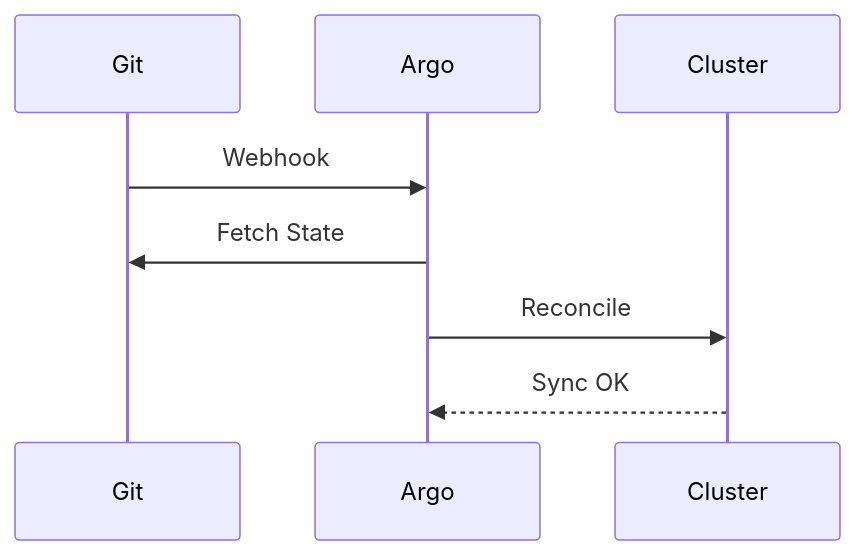
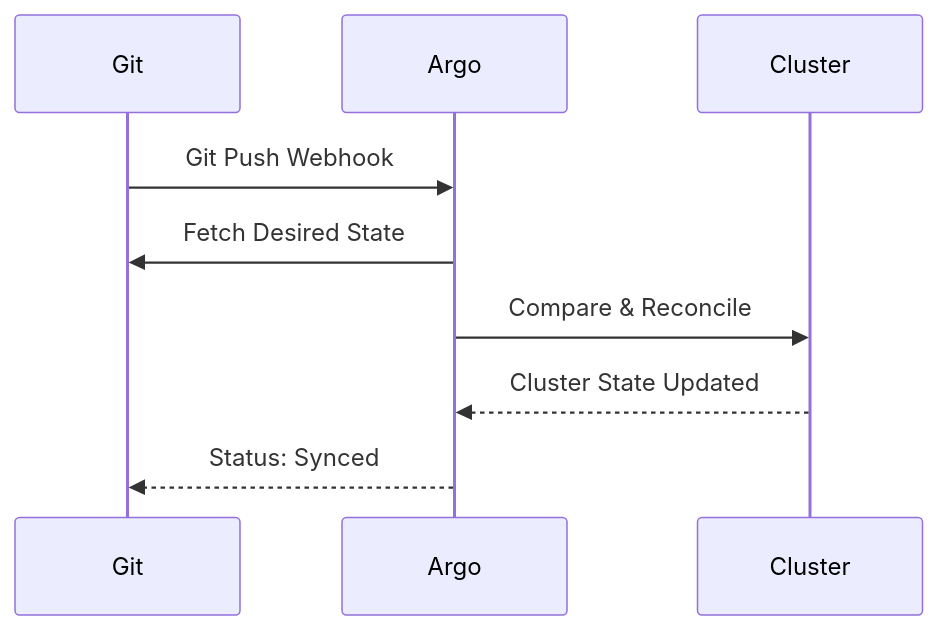
The third of 30 diagrams in README.md (Devopstrio/hybrid-kubernetes-pattern), drawn with Mermaid before and after one commit. The commit also changed other lines of this file, not shown here.

Commit message:
docs: finalize premium institutional-grade README with 30+ diagrams and executive summary

````diff
--- a/README.md
+++ b/README.md
@@ -52,7 +87,8 @@
 ```mermaid
 sequenceDiagram
-    Git->>Argo: Webhook
-    Argo->>Git: Fetch State
-    Argo->>Cluster: Reconcile
-    Cluster-->>Argo: Sync OK
+    Git->>Argo: Git Push Webhook
+    Argo->>Git: Fetch Desired State
+    Argo->>Cluster: Compare & Reconcile
+    Cluster-->>Argo: Cluster State Updated
+    Argo-->>Git: Status: Synced
 ```
````
